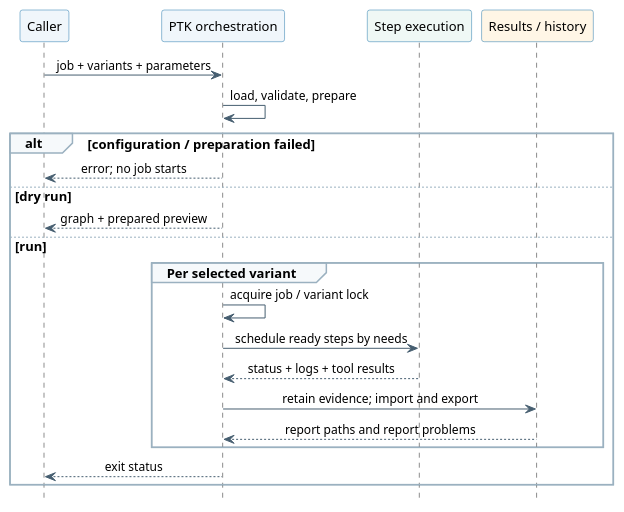
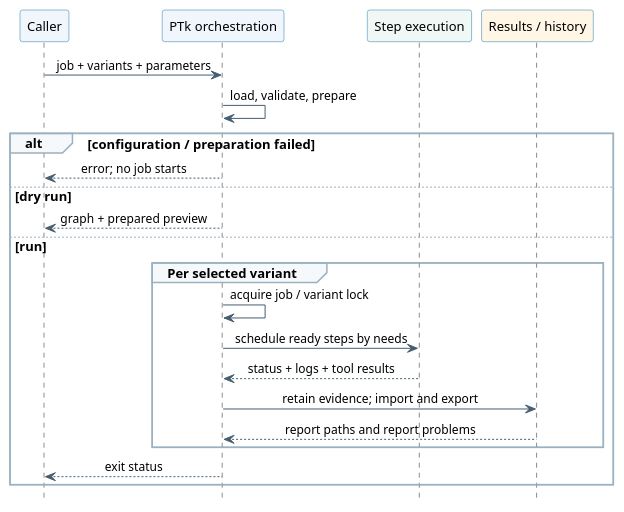
Before and after one commit to eadeva/dummy: the diagram in docs/diagrams/job-lifecycle.puml, drawn with PlantUML. The commit also changed 302 other files, not shown here.

```diff
--- a/docs/diagrams/job-lifecycle.puml
+++ b/docs/diagrams/job-lifecycle.puml
@@ -1,37 +1,37 @@
 @startuml
 skinparam backgroundColor transparent
 skinparam shadowing false
 skinparam defaultFontName SansSerif
 skinparam defaultFontSize 13
 skinparam ArrowColor #465E70
 skinparam ArrowFontSize 12
 skinparam ParticipantBackgroundColor #F0F6FB
 skinparam ParticipantBorderColor #2478AD
 skinparam BoxPadding 5
 skinparam sequenceMessageAlign center
 skinparam sequenceGroupBackgroundColor #F6F9FB
 skinparam sequenceGroupBorderColor #9BB1C0
 hide footbox
 
 participant "Caller" as Caller
-participant "PTK orchestration" as PTK
+participant "PTk orchestration" as PTk
 participant "Step execution" as Steps #EFF8F5
 participant "Results / history" as Reports #FFF6E6
 
-Caller -> PTK : job + variants + parameters
-PTK -> PTK : load, validate, prepare
+Caller -> PTk : job + variants + parameters
+PTk -> PTk : load, validate, prepare
 alt configuration / preparation failed
-  PTK --> Caller : error; no job starts
+  PTk --> Caller : error; no job starts
 else dry run
-  PTK --> Caller : graph + prepared preview
+  PTk --> Caller : graph + prepared preview
 else run
   group Per selected variant
-    PTK -> PTK : acquire job / variant lock
-    PTK -> Steps : schedule ready steps by needs
-    Steps --> PTK : status + logs + tool results
-    PTK -> Reports : retain evidence; import and export
-    Reports --> PTK : report paths and report problems
+    PTk -> PTk : acquire job / variant lock
+    PTk -> Steps : schedule ready steps by needs
+    Steps --> PTk : status + logs + tool results
+    PTk -> Reports : retain evidence; import and export
+    Reports --> PTk : report paths and report problems
   end
-  PTK --> Caller : exit status
+  PTk --> Caller : exit status
 end
 @enduml
```
